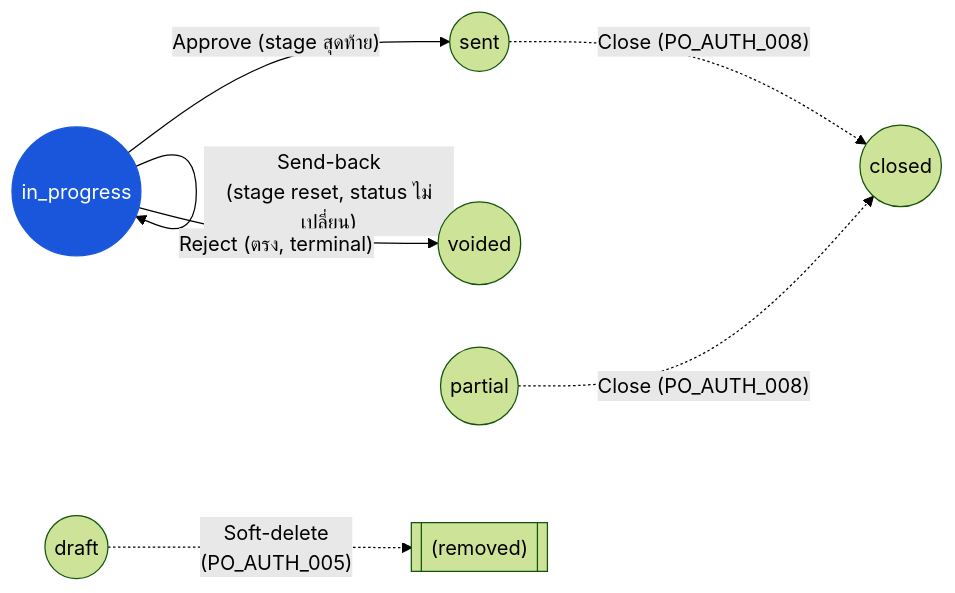
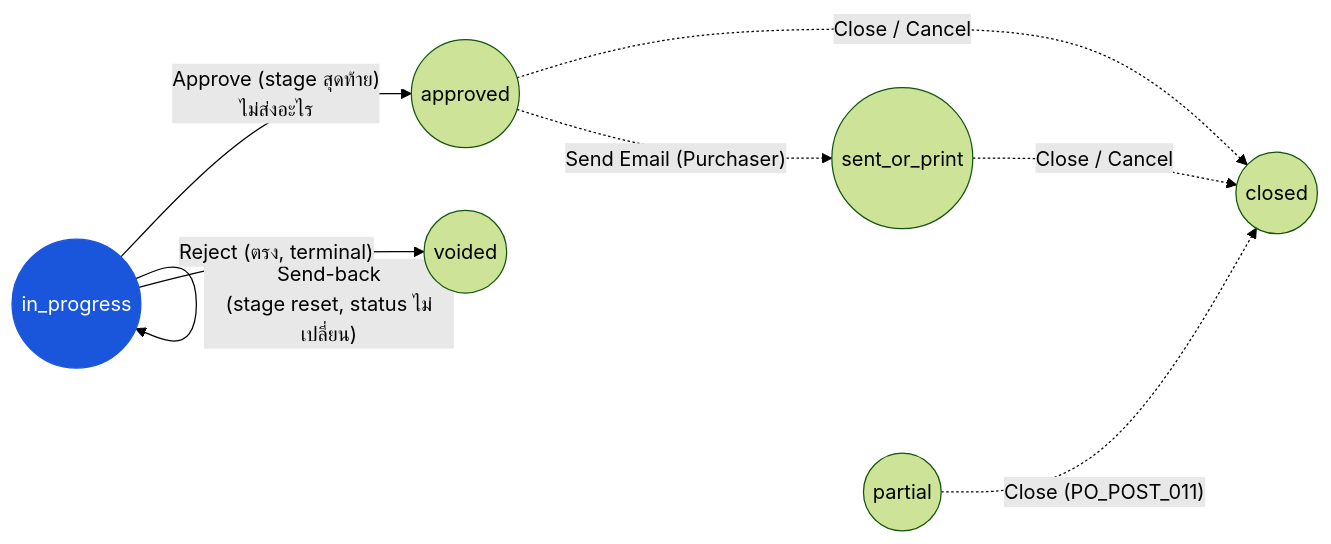
One commit to CarmenSoftware-organization/carmen-wiki changed the diagram in th/inventory/purchase-order/03-user-flow-procurement-manager.md. Above: the diagram before and after it, drawn with Mermaid (forest theme). The commit also changed other lines of this file and 22 other files, not shown here.

````diff
--- a/th/inventory/purchase-order/03-user-flow-procurement-manager.md
+++ b/th/inventory/purchase-order/03-user-flow-procurement-manager.md
@@ -27,10 +27,11 @@
 ```mermaid
 graph LR
-    inprog(("in_progress")):::current -->|"Approve (stage สุดท้าย)"| sent(("sent"))
+    inprog(("in_progress")):::current -->|"Approve (stage สุดท้าย)<br/>ไม่ส่งอะไร"| approved(("approved"))
     inprog -->|"Send-back<br/>(stage reset, status ไม่เปลี่ยน)"| inprog
     inprog -->|"Reject (ตรง, terminal)"| voided(("voided"))
-    draft(("draft")) -.->|"Soft-delete<br/>(PO_AUTH_005)"| gone[["(removed)"]]
-    sent -.->|"Close (PO_AUTH_008)"| closed(("closed"))
-    partial(("partial")) -.->|"Close (PO_AUTH_008)"| closed
+    approved -.->|"Send Email (Purchaser)"| sent(("sent_or_print"))
+    approved -.->|"Close / Cancel"| closed(("closed"))
+    sent -.->|"Close / Cancel"| closed
+    partial(("partial")) -.->|"Close (PO_POST_011)"| closed
     classDef current fill:#1a56db,color:#fff,stroke:#1a56db;
 ```
````
